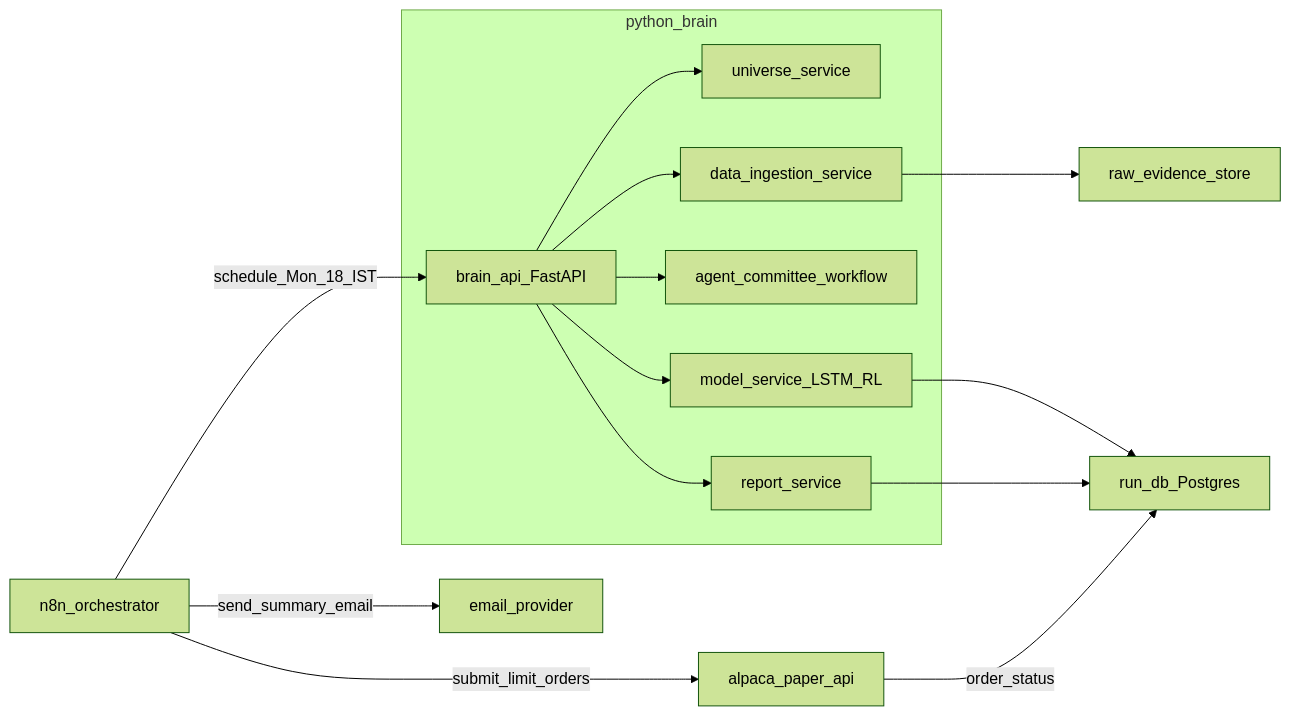
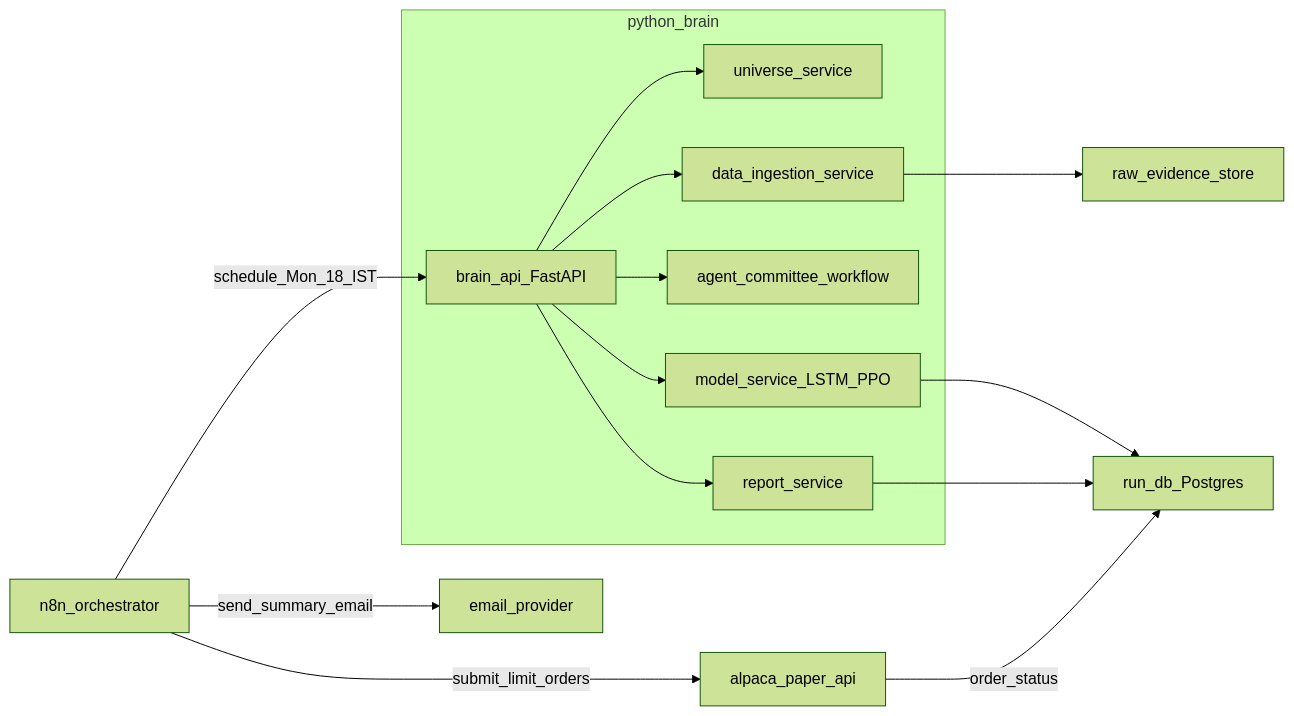
The first of 3 diagrams in README.md (hajirazin/LearnFinance-2025), drawn with Mermaid (forest theme) before and after one commit. The commit also changed other lines of this file and 2 other files, not shown here.

First line of the commit message:
docs(ml-ops): add model lifecycle, training schedule, and local artifact storage

````diff
--- a/README.md
+++ b/README.md
@@ -31,20 +31,20 @@
 ```mermaid
 flowchart LR
   n8n[n8n_orchestrator] -->|schedule_Mon_18_IST| runApi[brain_api_FastAPI]
 
   subgraph brain[python_brain]
     runApi --> universe[universe_service]
     runApi --> ingest[data_ingestion_service]
     runApi --> agents[agent_committee_workflow]
-    runApi --> models[model_service_LSTM_RL]
+    runApi --> models[model_service_LSTM_PPO]
     runApi --> report[report_service]
   end
 
   ingest --> raw[raw_evidence_store]
   models --> db[run_db_Postgres]
   report --> db
 
   n8n -->|submit_limit_orders| alpaca[alpaca_paper_api]
   n8n -->|send_summary_email| email[email_provider]
   alpaca -->|order_status| db
 ```
````
